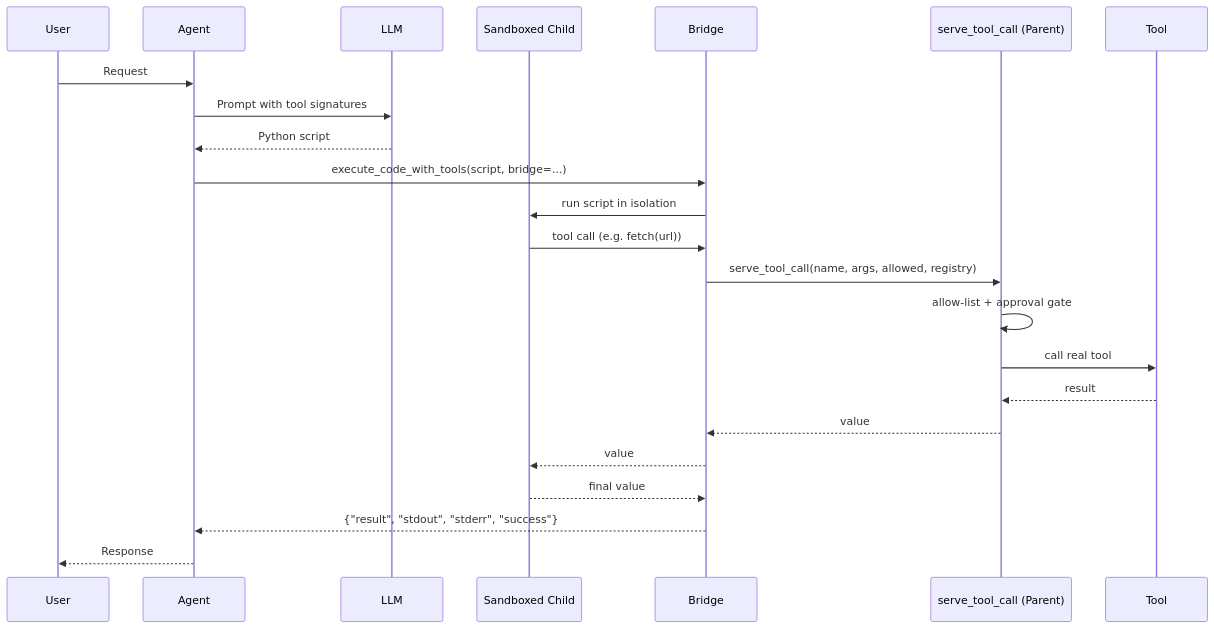
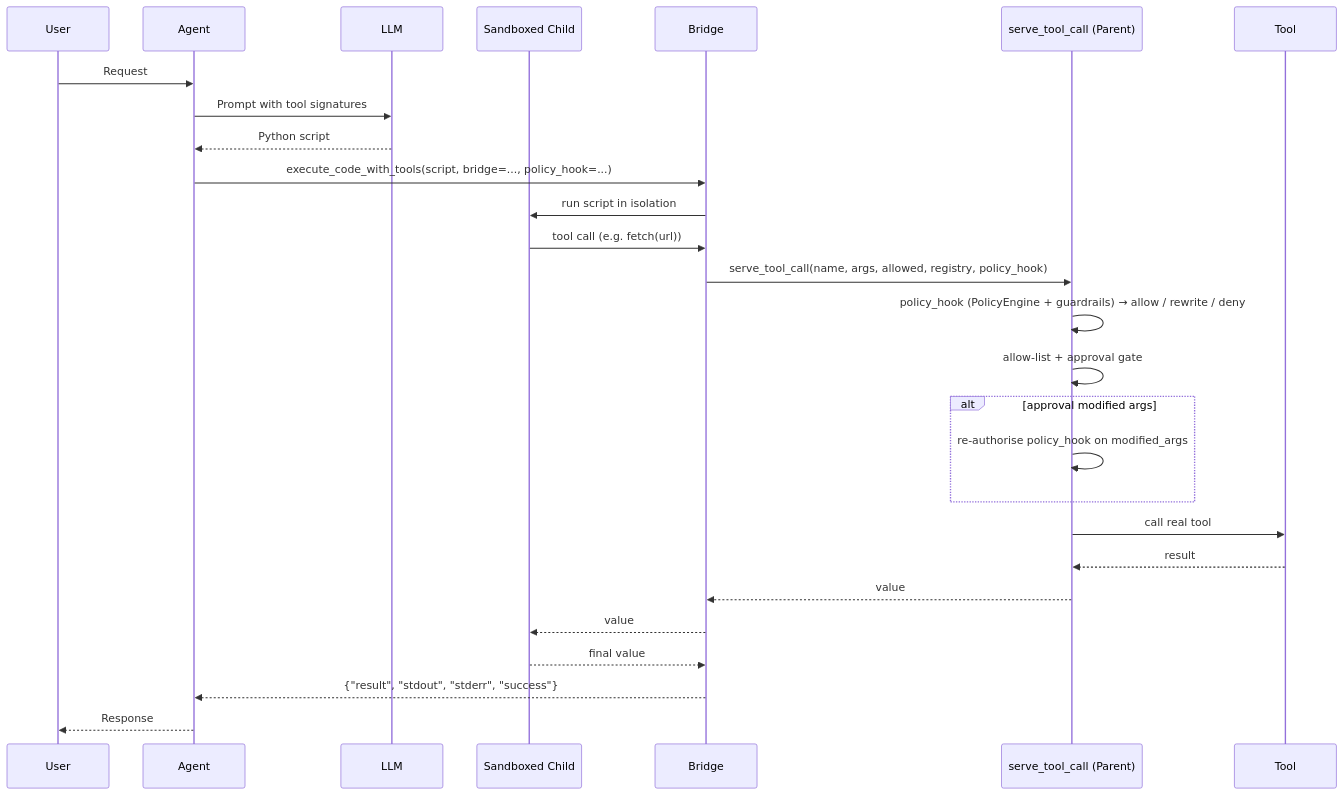
One commit to MervinPraison/PraisonAIDocs changed the fifth of 5 diagrams in docs/features/code-execution-with-tools.mdx. Above: the diagram before and after it, drawn with Mermaid. The commit also changed other lines of this file and 6 other files, not shown here.

First line of the commit message:
docs: gate code-mode tools with policy/guardrails + BackgroundRunner lock + Gemini async (fixes #4276)

````diff
--- a/docs/features/code-execution-with-tools.mdx
+++ b/docs/features/code-execution-with-tools.mdx
@@ -344,26 +413,30 @@
 ```mermaid
 sequenceDiagram
     participant User
     participant Agent
     participant LLM
     participant Child as Sandboxed Child
     participant Bridge
     participant Parent as serve_tool_call (Parent)
     participant Tool
 
     User->>Agent: Request
     Agent->>LLM: Prompt with tool signatures
     LLM-->>Agent: Python script
-    Agent->>Bridge: execute_code_with_tools(script, bridge=...)
+    Agent->>Bridge: execute_code_with_tools(script, bridge=..., policy_hook=...)
     Bridge->>Child: run script in isolation
     Child->>Bridge: tool call (e.g. fetch(url))
-    Bridge->>Parent: serve_tool_call(name, args, allowed, registry)
+    Bridge->>Parent: serve_tool_call(name, args, allowed, registry, policy_hook)
+    Parent->>Parent: policy_hook (PolicyEngine + guardrails) → allow / rewrite / deny
     Parent->>Parent: allow-list + approval gate
+    alt approval modified args
+        Parent->>Parent: re-authorise policy_hook on modified_args
+    end
     Parent->>Tool: call real tool
     Tool-->>Parent: result
     Parent-->>Bridge: value
     Bridge-->>Child: value
     Child-->>Bridge: final value
     Bridge-->>Agent: {"result", "stdout", "stderr", "success"}
     Agent-->>User: Response
 ```
````
